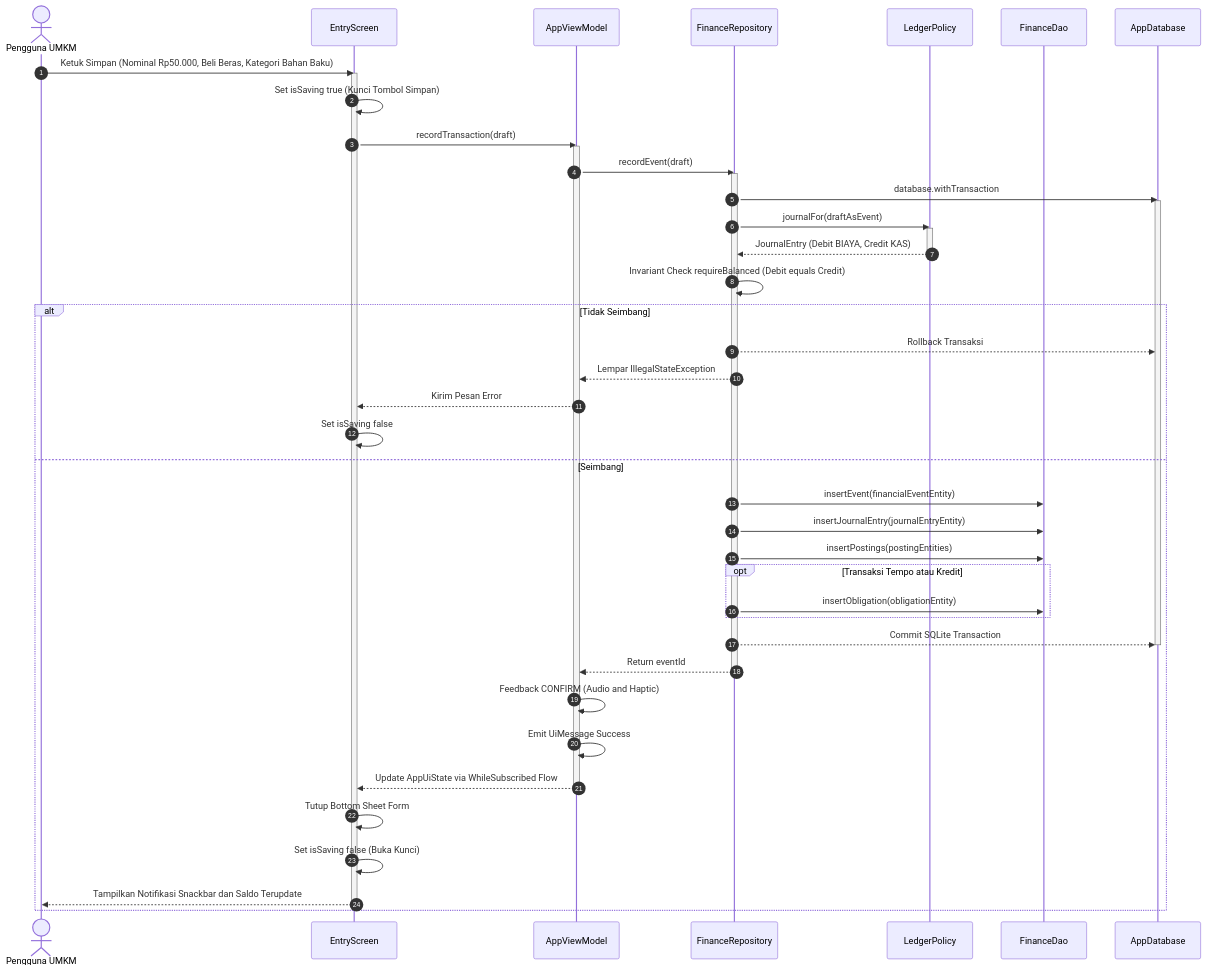
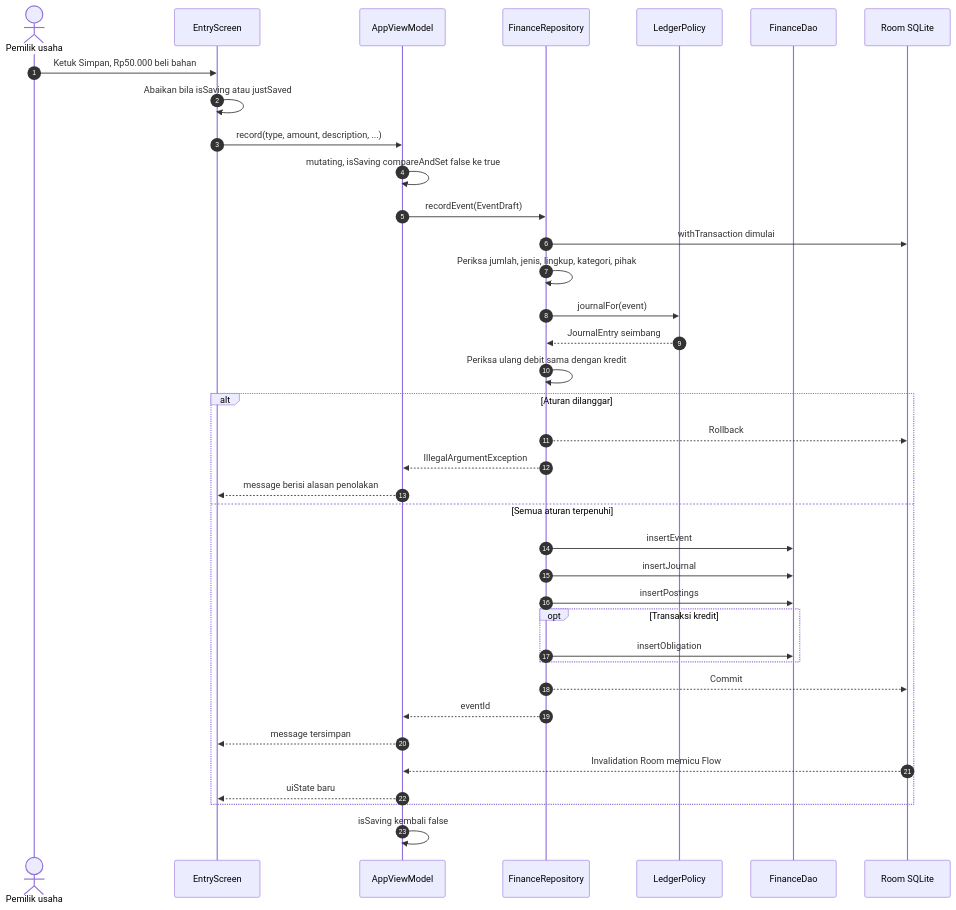
Before and after one commit to Radit024/Mankeu: the first of 2 diagrams in docs/diagrams/08_sequence_diagram.md, drawn with Mermaid. The commit also changed other lines of this file and 17 other files, not shown here.

First line of the commit message:
docs: sync domain, UX, migration and diagram docs with v0.0.6

````diff
--- a/docs/diagrams/08_sequence_diagram.md
+++ b/docs/diagrams/08_sequence_diagram.md
@@ -5,60 +5,41 @@
 ```mermaid
 sequenceDiagram
     autonumber
-    actor User as Pengguna UMKM
-    participant UI as EntryScreen
+    actor Owner as Pemilik usaha
+    participant Entry as EntryScreen
     participant VM as AppViewModel
     participant Repo as FinanceRepository
     participant Policy as LedgerPolicy
-    participant DAO as FinanceDao
-    participant DB as AppDatabase
+    participant Dao as FinanceDao
+    participant Db as Room SQLite
 
-    User->>UI: Ketuk Simpan (Nominal Rp50.000, Beli Beras, Kategori Bahan Baku)
-    activate UI
-    UI->>UI: Set isSaving true (Kunci Tombol Simpan)
-    UI->>VM: recordTransaction(draft)
-    activate VM
+    Owner->>Entry: Ketuk Simpan, Rp50.000 beli bahan
+    Entry->>Entry: Abaikan bila isSaving atau justSaved
+    Entry->>VM: record(type, amount, description, ...)
+    VM->>VM: mutating, isSaving compareAndSet false ke true
+    VM->>Repo: recordEvent(EventDraft)
+    Repo->>Db: withTransaction dimulai
+    Repo->>Repo: Periksa jumlah, jenis, lingkup, kategori, pihak
+    Repo->>Policy: journalFor(event)
+    Policy-->>Repo: JournalEntry seimbang
+    Repo->>Repo: Periksa ulang debit sama dengan kredit
 
-    VM->>Repo: recordEvent(draft)
-    activate Repo
-
-    Repo->>DB: database.withTransaction
-    activate DB
-
-    Repo->>Policy: journalFor(draftAsEvent)
-    activate Policy
-    Policy-->>Repo: JournalEntry (Debit BIAYA, Credit KAS)
-    deactivate Policy
-
-    Repo->>Repo: Invariant Check requireBalanced (Debit equals Credit)
-    
-    alt Tidak Seimbang
-        Repo-->>DB: Rollback Transaksi
-        Repo-->>VM: Lempar IllegalStateException
-        VM-->>UI: Kirim Pesan Error
-        UI->>UI: Set isSaving false
-    else Seimbang
-        Repo->>DAO: insertEvent(financialEventEntity)
-        Repo->>DAO: insertJournalEntry(journalEntryEntity)
-        Repo->>DAO: insertPostings(postingEntities)
-        
-        opt Transaksi Tempo atau Kredit
-            Repo->>DAO: insertObligation(obligationEntity)
+    alt Aturan dilanggar
+        Repo-->>Db: Rollback
+        Repo-->>VM: IllegalArgumentException
+        VM-->>Entry: message berisi alasan penolakan
+    else Semua aturan terpenuhi
+        Repo->>Dao: insertEvent
+        Repo->>Dao: insertJournal
+        Repo->>Dao: insertPostings
+        opt Transaksi kredit
+            Repo->>Dao: insertObligation
         end
-
-        Repo-->>DB: Commit SQLite Transaction
-        deactivate DB
-        Repo-->>VM: Return eventId
-        deactivate Repo
-
-        VM->>VM: Feedback CONFIRM (Audio and Haptic)
-        VM->>VM: Emit UiMessage Success
-        VM-->>UI: Update AppUiState via WhileSubscribed Flow
-        deactivate VM
-
-        UI->>UI: Tutup Bottom Sheet Form
-        UI->>UI: Set isSaving false (Buka Kunci)
-        UI-->>User: Tampilkan Notifikasi Snackbar dan Saldo Terupdate
-        deactivate UI
+        Repo-->>Db: Commit
+        Repo-->>VM: eventId
+        VM-->>Entry: message tersimpan
+        Db-->>VM: Invalidation Room memicu Flow
+        VM-->>Entry: uiState baru
     end
+    VM->>VM: isSaving kembali false
 ```
````
